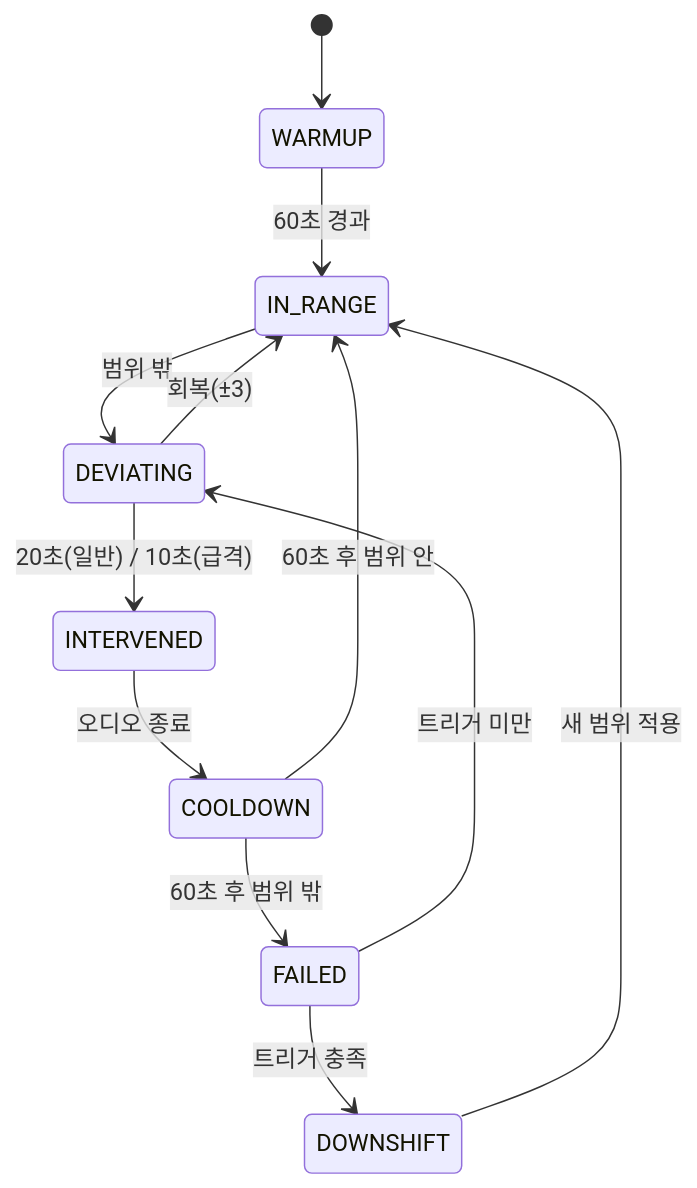
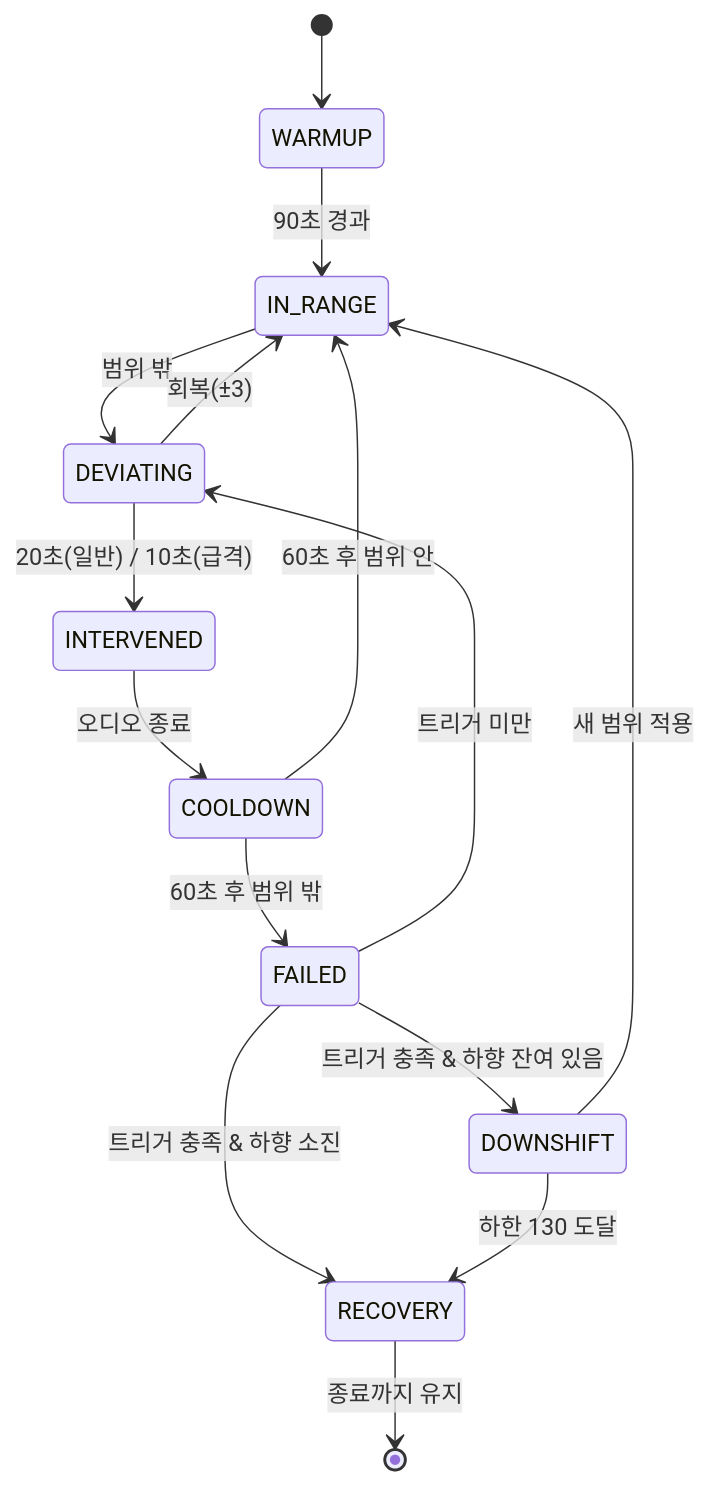
One commit to Gonu19/Dalli changed the second of 2 diagrams in docs/ENGINE.md. Above: the diagram before and after it, drawn with Mermaid. The commit also changed other lines of this file and 6 other files, not shown here.

````diff
--- a/docs/ENGINE.md
+++ b/docs/ENGINE.md
@@ -77,14 +127,17 @@
 ```mermaid
 stateDiagram-v2
     [*] --> WARMUP
-    WARMUP --> IN_RANGE : 60초 경과
+    WARMUP --> IN_RANGE : 90초 경과
     IN_RANGE --> DEVIATING : 범위 밖
     DEVIATING --> IN_RANGE : 회복(±3)
     DEVIATING --> INTERVENED : 20초(일반) / 10초(급격)
     INTERVENED --> COOLDOWN : 오디오 종료
     COOLDOWN --> IN_RANGE : 60초 후 범위 안
     COOLDOWN --> FAILED : 60초 후 범위 밖
     FAILED --> DEVIATING : 트리거 미만
-    FAILED --> DOWNSHIFT : 트리거 충족
+    FAILED --> DOWNSHIFT : 트리거 충족 & 하향 잔여 있음
+    FAILED --> RECOVERY : 트리거 충족 & 하향 소진
     DOWNSHIFT --> IN_RANGE : 새 범위 적용
+    DOWNSHIFT --> RECOVERY : 하한 130 도달
+    RECOVERY --> [*] : 종료까지 유지
 ```
````
